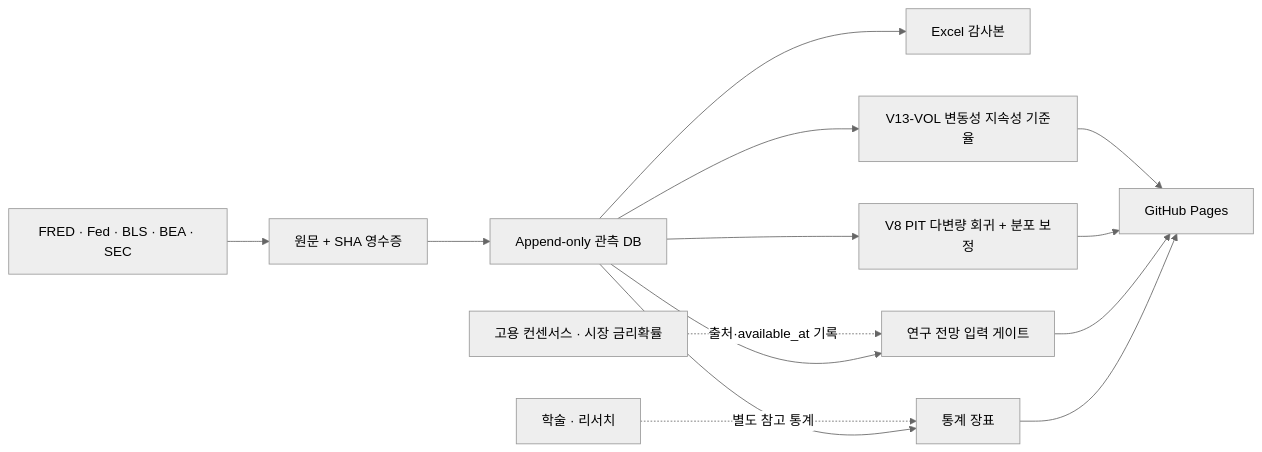
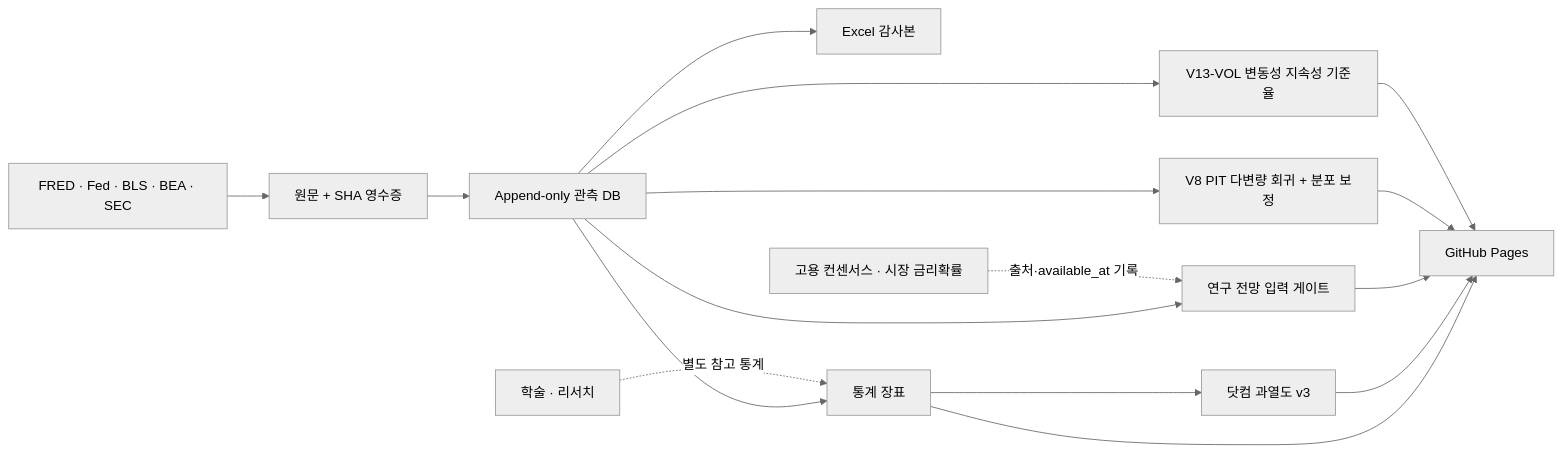
One commit to Sung-JinPark/Jin-s-investing-prediction changed the diagram in README.md. Above: the diagram before and after it, drawn with Mermaid (neutral theme). The commit also changed other lines of this file, not shown here.

````diff
--- a/README.md
+++ b/README.md
@@ -42,16 +50,18 @@
 ```mermaid
 flowchart LR
     A["FRED · Fed · BLS · BEA · SEC"] --> B["원문 + SHA 영수증"]
     B --> C["Append-only 관측 DB"]
     C --> D["Excel 감사본"]
     C --> E["통계 장표"]
     C --> F["연구 전망 입력 게이트"]
     C --> T["V8 PIT 다변량 회귀 + 분포 보정"]
     C --> V["V13-VOL 변동성 지속성 기준율"]
+    E --> H["닷컴 과열도 v3"]
     E --> G["GitHub Pages"]
+    H --> G
     F --> G
     T --> G
     V --> G
     R["학술 · 리서치"] -. "별도 참고 통계" .-> E
     M["고용 컨센서스 · 시장 금리확률"] -. "출처·available_at 기록" .-> F
 ```
````
